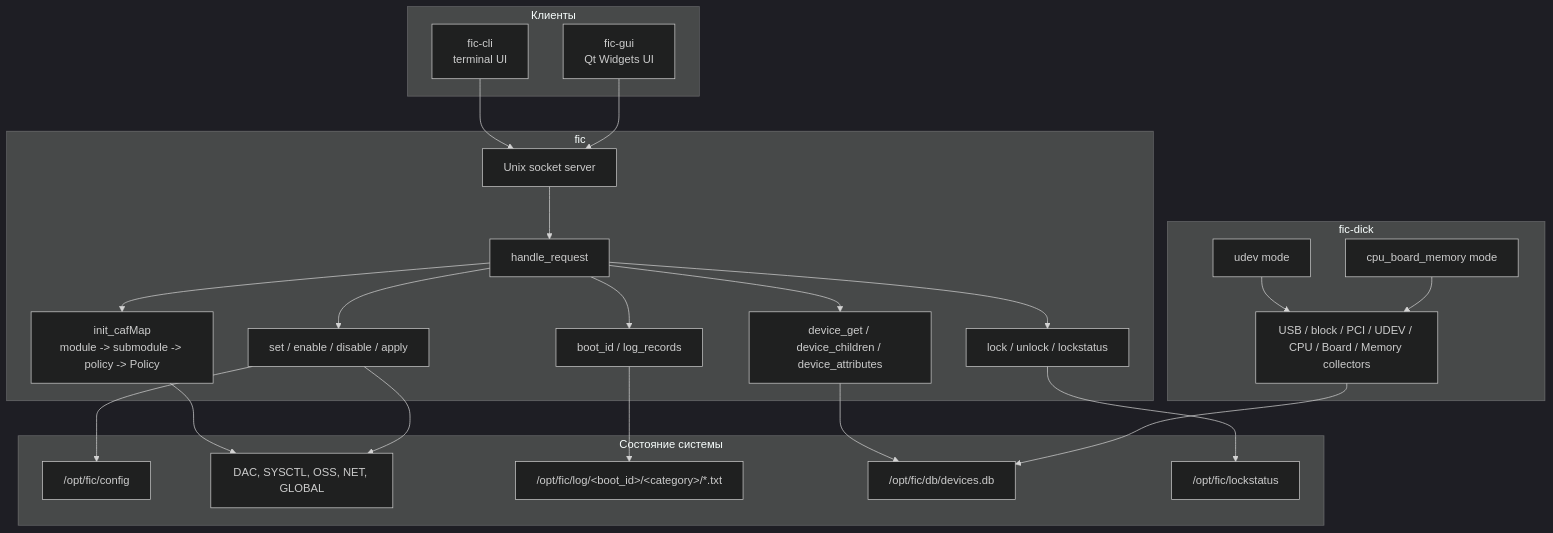
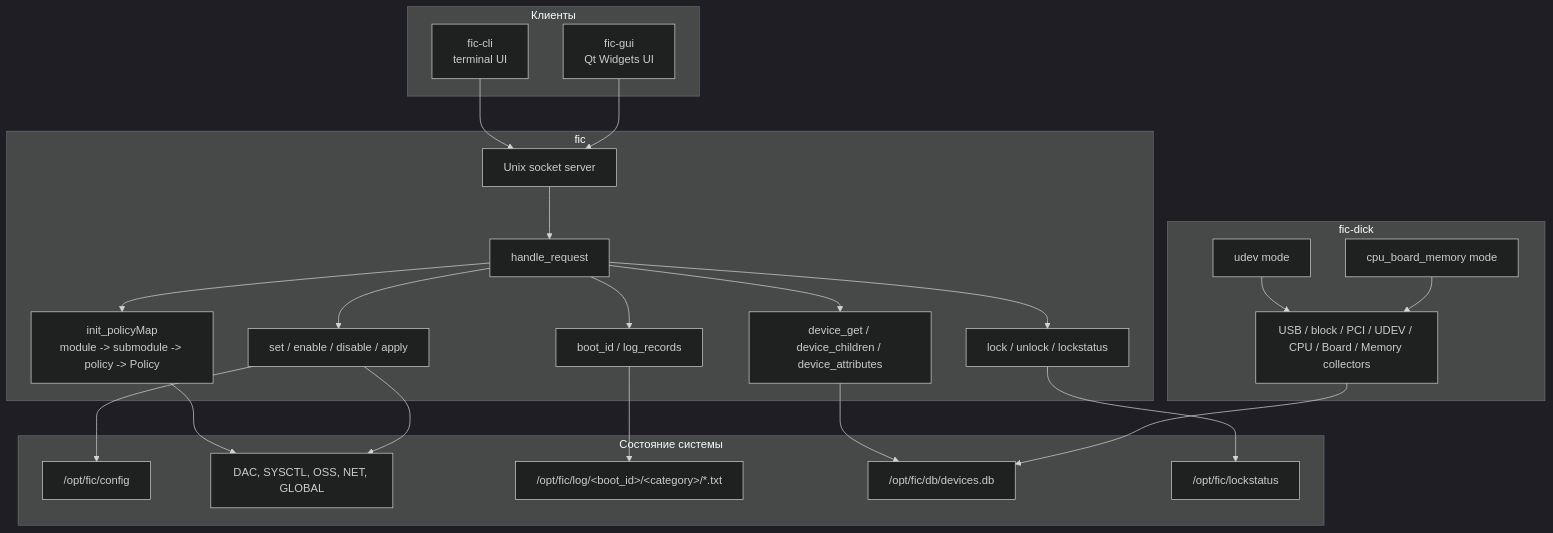
Before and after one commit to RevoltStar/FIC: the second of 10 diagrams in docs/architecture-diagrams.md, drawn with Mermaid (dark theme). The commit also changed other lines of this file and 4 other files, not shown here.

Commit message:
Переименование init_cafMap в init_policyMap, а cafMap в policyMap в коде и документации

````diff
--- a/docs/architecture-diagrams.md
+++ b/docs/architecture-diagrams.md
@@ -59,51 +59,51 @@
 ```mermaid
 flowchart TB
     subgraph Clients[Клиенты]
         cli["fic-cli<br/>terminal UI"]
         gui["fic-gui<br/>Qt Widgets UI"]
     end
 
     subgraph Daemon[fic]
         ipcServer[Unix socket server]
         requestRouter[handle_request]
-        cafMap["init_cafMap<br/>module -> submodule -> policy -> Policy"]
+        policyMap["init_policyMap<br/>module -> submodule -> policy -> Policy"]
         policyOps[set / enable / disable / apply]
         deviceApi[device_get / device_children / device_attributes]
         logApi[boot_id / log_records]
         lockApi[lock / unlock / lockstatus]
     end
 
     subgraph CoreStorage[Состояние системы]
         config["/opt/fic/config"]
         modules[DAC, SYSCTL, OSS, NET, GLOBAL]
         logs["/opt/fic/log/&lt;boot_id&gt;/&lt;category&gt;/*.txt"]
         db["/opt/fic/db/devices.db"]
         lockstatus["/opt/fic/lockstatus"]
     end
 
     subgraph Collectors[fic-dick]
         udevMode[udev mode]
         staticMode[cpu_board_memory mode]
         collectors[USB / block / PCI / UDEV / CPU / Board / Memory collectors]
     end
 
     cli --> ipcServer
     gui --> ipcServer
     ipcServer --> requestRouter
-    requestRouter --> cafMap
+    requestRouter --> policyMap
     requestRouter --> policyOps
     requestRouter --> deviceApi
     requestRouter --> logApi
     requestRouter --> lockApi
 
-    cafMap --> modules
+    policyMap --> modules
     policyOps --> config
     policyOps --> modules
     logApi --> logs
     deviceApi --> db
     lockApi --> lockstatus
 
     udevMode --> collectors
     staticMode --> collectors
     collectors --> db
 ```
````
